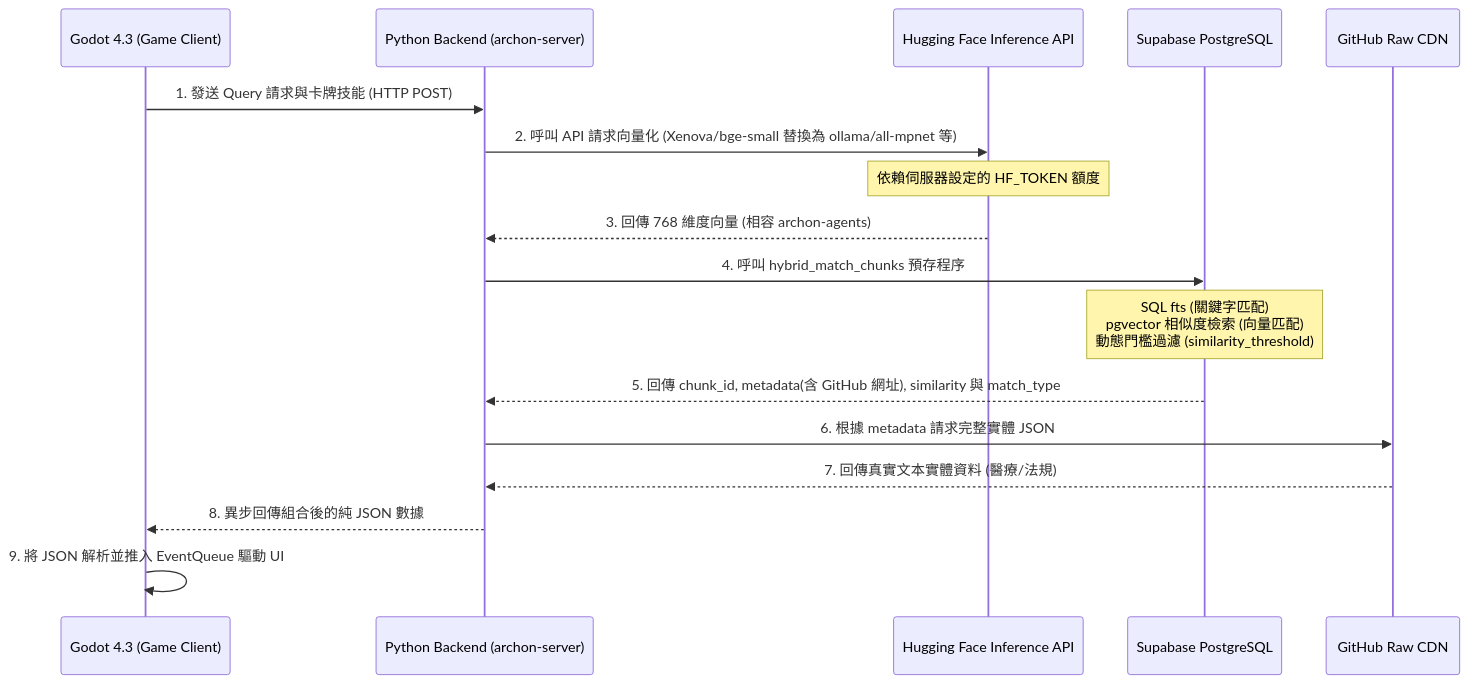
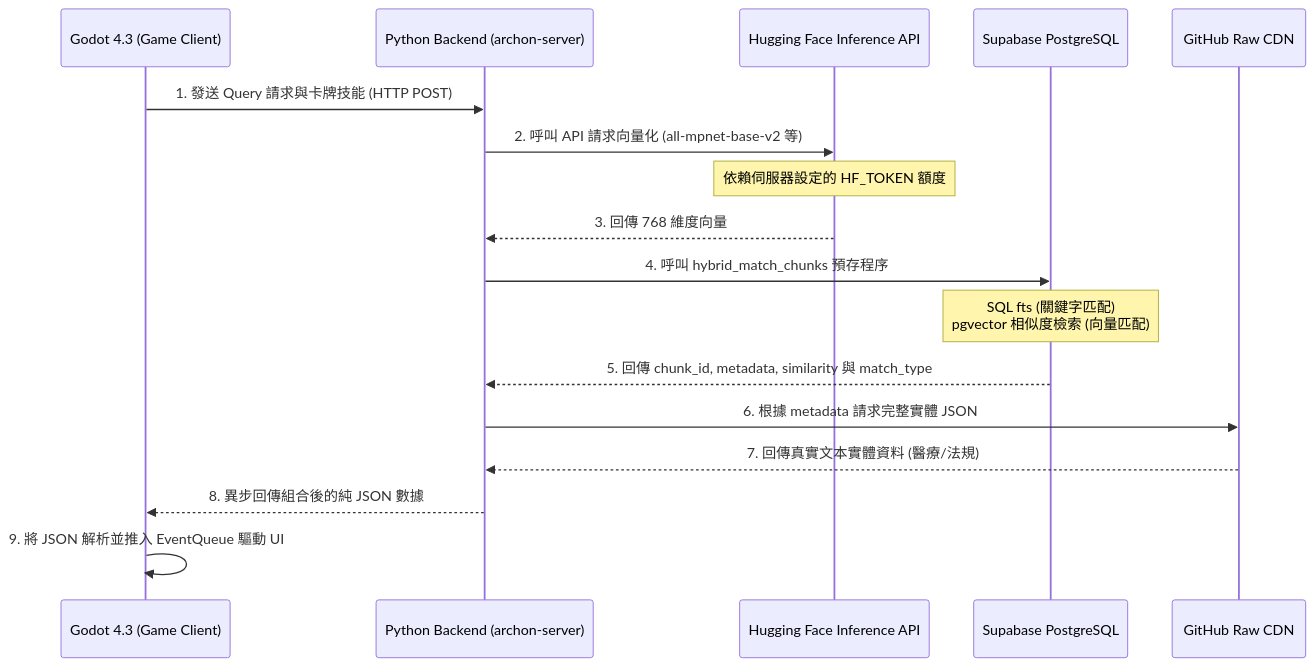
The diagram in docs/game_design/TDD_Recontextualization.md (info-vin/Archon), drawn with Mermaid before and after one commit. The commit also changed other lines of this file and 3 other files, not shown here.

````diff
--- a/docs/game_design/TDD_Recontextualization.md
+++ b/docs/game_design/TDD_Recontextualization.md
@@ -31,20 +40,20 @@
 ```mermaid
 sequenceDiagram
     participant Godot as Godot 4.3 (Game Client)
     participant FastAPI as Python Backend (archon-server)
     participant HF as Hugging Face Inference API
     participant DB as Supabase PostgreSQL
     participant CDN as GitHub Raw CDN
-
+ 
     Godot->>FastAPI: 1. 發送 Query 請求與卡牌技能 (HTTP POST)
-    FastAPI->>HF: 2. 呼叫 API 請求向量化 (Xenova/bge-small 替換為 ollama/all-mpnet 等)
+    FastAPI->>HF: 2. 呼叫 API 請求向量化 (all-mpnet-base-v2 等)
     Note over HF: 依賴伺服器設定的 HF_TOKEN 額度
-    HF-->>FastAPI: 3. 回傳 768 維度向量 (相容 archon-agents)
+    HF-->>FastAPI: 3. 回傳 768 維度向量
     FastAPI->>DB: 4. 呼叫 hybrid_match_chunks 預存程序
-    Note over DB: SQL fts (關鍵字匹配)<br/>pgvector 相似度檢索 (向量匹配)<br/>動態門檻過濾 (similarity_threshold)
-    DB-->>FastAPI: 5. 回傳 chunk_id, metadata(含 GitHub 網址), similarity 與 match_type
+    Note over DB: SQL fts (關鍵字匹配)<br/>pgvector 相似度檢索 (向量匹配)
+    DB-->>FastAPI: 5. 回傳 chunk_id, metadata, similarity 與 match_type
     FastAPI->>CDN: 6. 根據 metadata 請求完整實體 JSON
     CDN-->>FastAPI: 7. 回傳真實文本實體資料 (醫療/法規)
     FastAPI-->>Godot: 8. 異步回傳組合後的純 JSON 數據
     Godot->>Godot: 9. 將 JSON 解析並推入 EventQueue 驅動 UI
 ```
````
